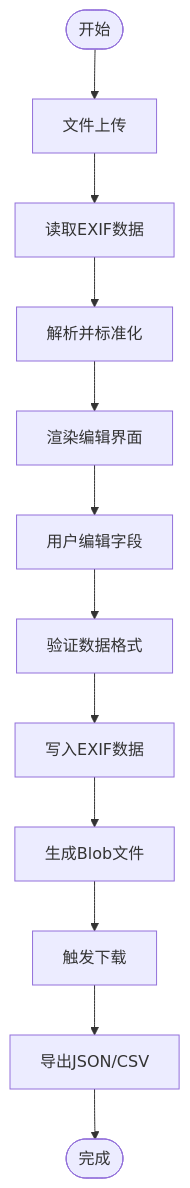
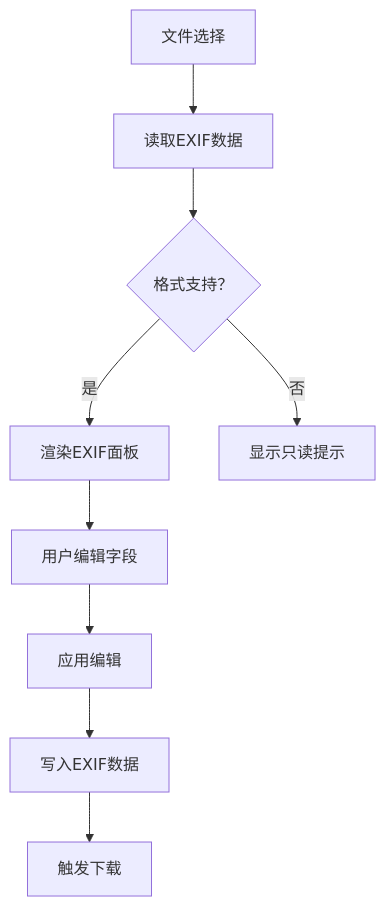
Before and after one commit to sgyy/privadeck: the fourth of 6 diagrams in .qoder/repowiki/zh/content/图像工具/EXIF管理.md, drawn with Mermaid. The commit also changed other lines of this file and 23 other files, not shown here.

````diff
--- a/.qoder/repowiki/zh/content/图像工具/EXIF管理.md
+++ b/.qoder/repowiki/zh/content/图像工具/EXIF管理.md
@@ -247,14 +238,11 @@
 ```mermaid
 flowchart TD
-Start(["开始"]) --> Upload["文件上传"]
-Upload --> ReadExif["读取EXIF数据"]
-ReadExif --> ParseExif["解析并标准化"]
-ParseExif --> RenderUI["渲染编辑界面"]
-RenderUI --> EditFields["用户编辑字段"]
-EditFields --> ValidateData["验证数据格式"]
-ValidateData --> WriteExif["写入EXIF数据"]
-WriteExif --> GenerateBlob["生成Blob文件"]
-GenerateBlob --> TriggerDownload["触发下载"]
-TriggerDownload --> ExportData["导出JSON/CSV"]
-ExportData --> End(["完成"])
+A["文件选择"] --> B["读取EXIF数据"]
+B --> C{"格式支持？"}
+C --> |是| D["渲染EXIF面板"]
+C --> |否| E["显示只读提示"]
+D --> F["用户编辑字段"]
+F --> G["应用编辑"]
+G --> H["写入EXIF数据"]
+H --> I["触发下载"]
 ```
````
